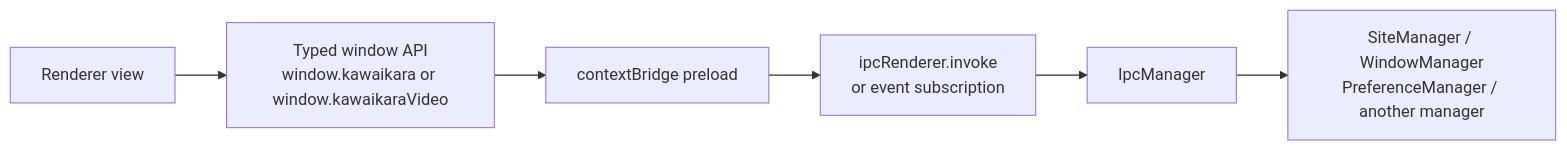
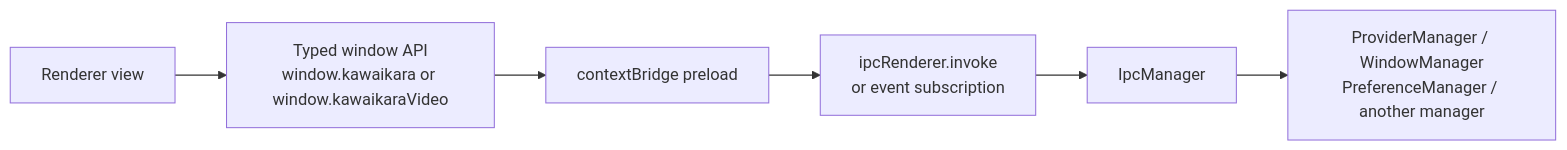
Before and after one commit to fabyday/kawaikara: the fourth of 4 diagrams in docs/Developer/Architecture/3.Runtime.md, drawn with Mermaid. The commit also changed other lines of this file and 294 other files, not shown here.

````diff
--- a/docs/Developer/Architecture/3.Runtime.md
+++ b/docs/Developer/Architecture/3.Runtime.md
@@ -261,8 +261,8 @@
 ```mermaid
 flowchart LR
   Renderer["Renderer view"] --> API["Typed window API<br/>window.kawaikara or window.kawaikaraVideo"]
   API --> Preload["contextBridge preload"]
   Preload --> IPC["ipcRenderer.invoke<br/>or event subscription"]
   IPC --> IpcManager["IpcManager"]
-  IpcManager --> Managers["SiteManager / WindowManager<br/>PreferenceManager / another manager"]
+  IpcManager --> Managers["ProviderManager / WindowManager<br/>PreferenceManager / another manager"]
 ```
````
